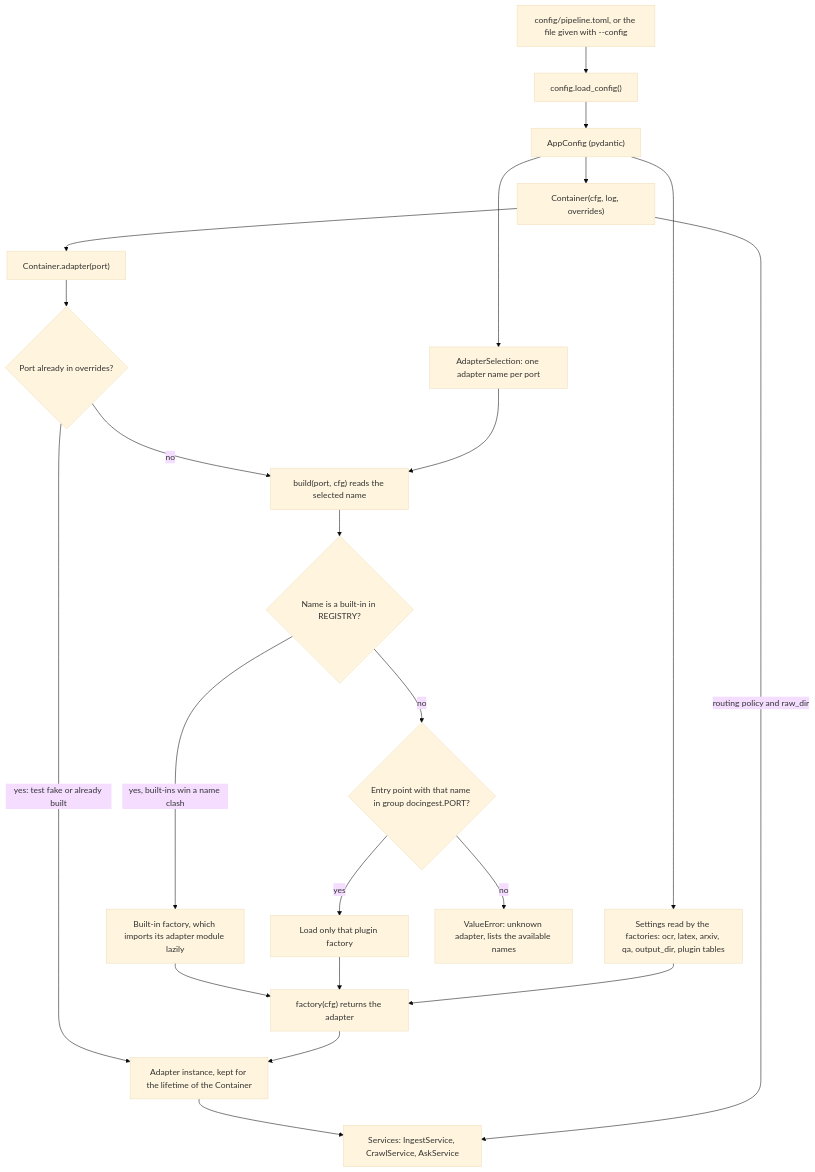
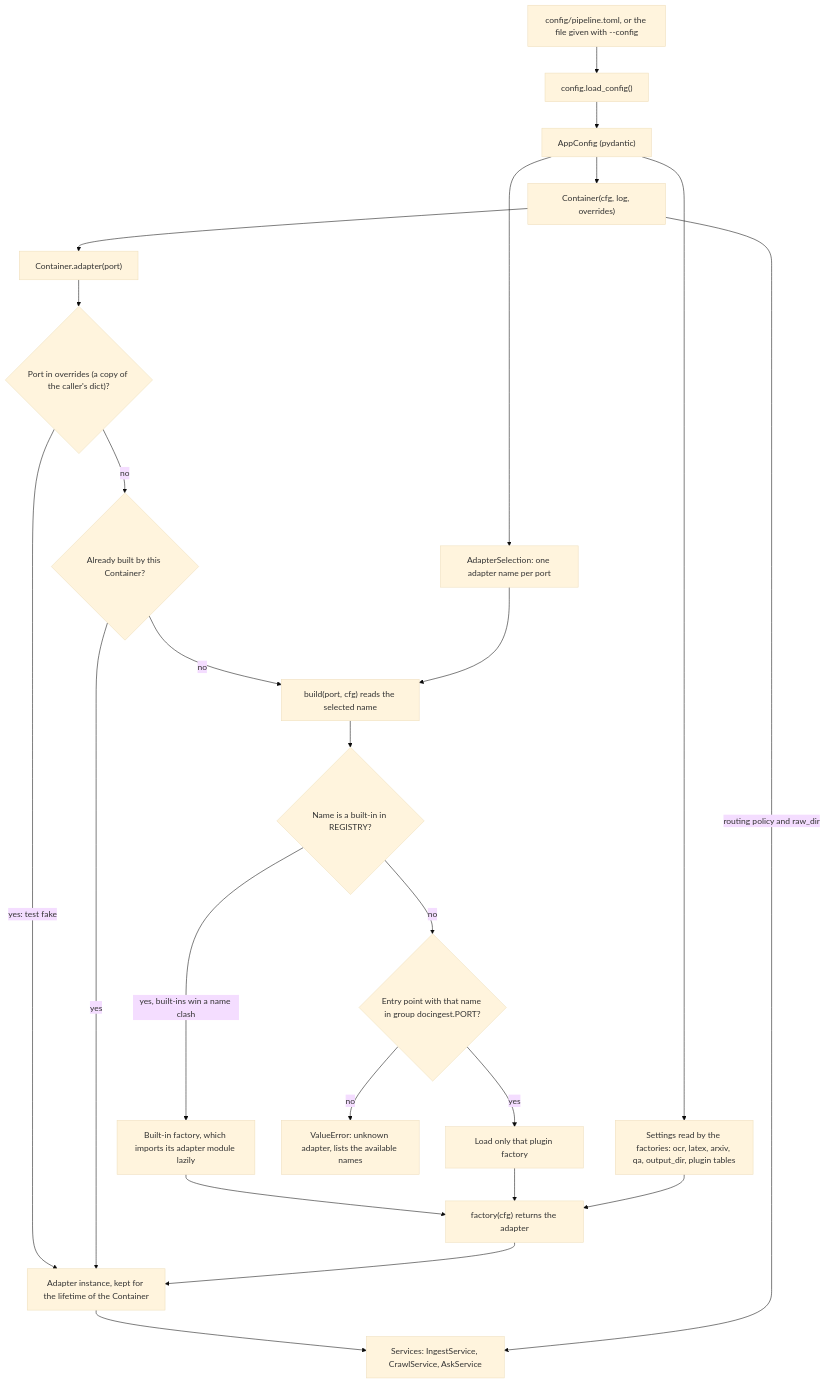
Before and after one commit to etxsA/doc-ingest: the second of 4 diagrams in CONTRIBUTING.md, drawn with Mermaid (base theme). The commit also changed other lines of this file and 12 other files, not shown here.

Commit message:
docs: module READMEs, architecture and contributing guide match the fixes

````diff
--- a/CONTRIBUTING.md
+++ b/CONTRIBUTING.md
@@ -281,24 +282,26 @@
 ```mermaid
 flowchart TD
     TOML["config/pipeline.toml, or the file given with --config"] --> LOAD["config.load_config()"]
     LOAD --> CFG["AppConfig (pydantic)"]
     CFG --> SEL["AdapterSelection: one adapter name per port"]
     CFG --> SETS["Settings read by the factories: ocr, latex, arxiv, qa, output_dir, plugin tables"]
     CFG --> CONT["Container(cfg, log, overrides)"]
     CONT --> ADP["Container.adapter(port)"]
-    ADP --> OV{"Port already in overrides?"}
-    OV -->|"yes: test fake or already built"| INST["Adapter instance, kept for the lifetime of the Container"]
-    OV -->|"no"| BUILD["build(port, cfg) reads the selected name"]
+    ADP --> OV{"Port in overrides (a copy of the caller's dict)?"}
+    OV -->|"yes: test fake"| INST["Adapter instance, kept for the lifetime of the Container"]
+    OV -->|"no"| BLT{"Already built by this Container?"}
+    BLT -->|"yes"| INST
+    BLT -->|"no"| BUILD["build(port, cfg) reads the selected name"]
     SEL --> BUILD
     BUILD --> BI{"Name is a built-in in REGISTRY?"}
     BI -->|"yes, built-ins win a name clash"| FAC["Built-in factory, which imports its adapter module lazily"]
     BI -->|"no"| EP{"Entry point with that name in group docingest.PORT?"}
     EP -->|"yes"| LEP["Load only that plugin factory"]
     EP -->|"no"| ERR["ValueError: unknown adapter, lists the available names"]
     FAC --> MAKE["factory(cfg) returns the adapter"]
     LEP --> MAKE
     SETS --> MAKE
     MAKE --> INST
     INST --> SVC["Services: IngestService, CrawlService, AskService"]
     CONT -->|"routing policy and raw_dir"| SVC
 ```
````
